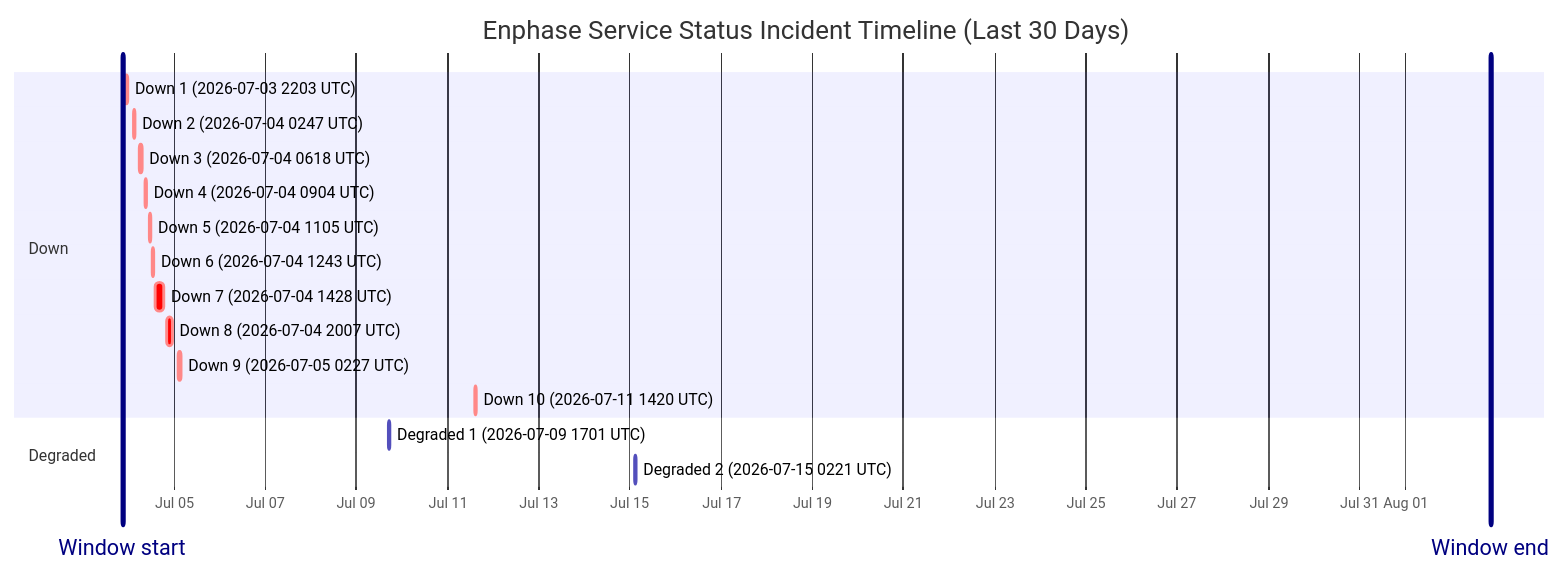
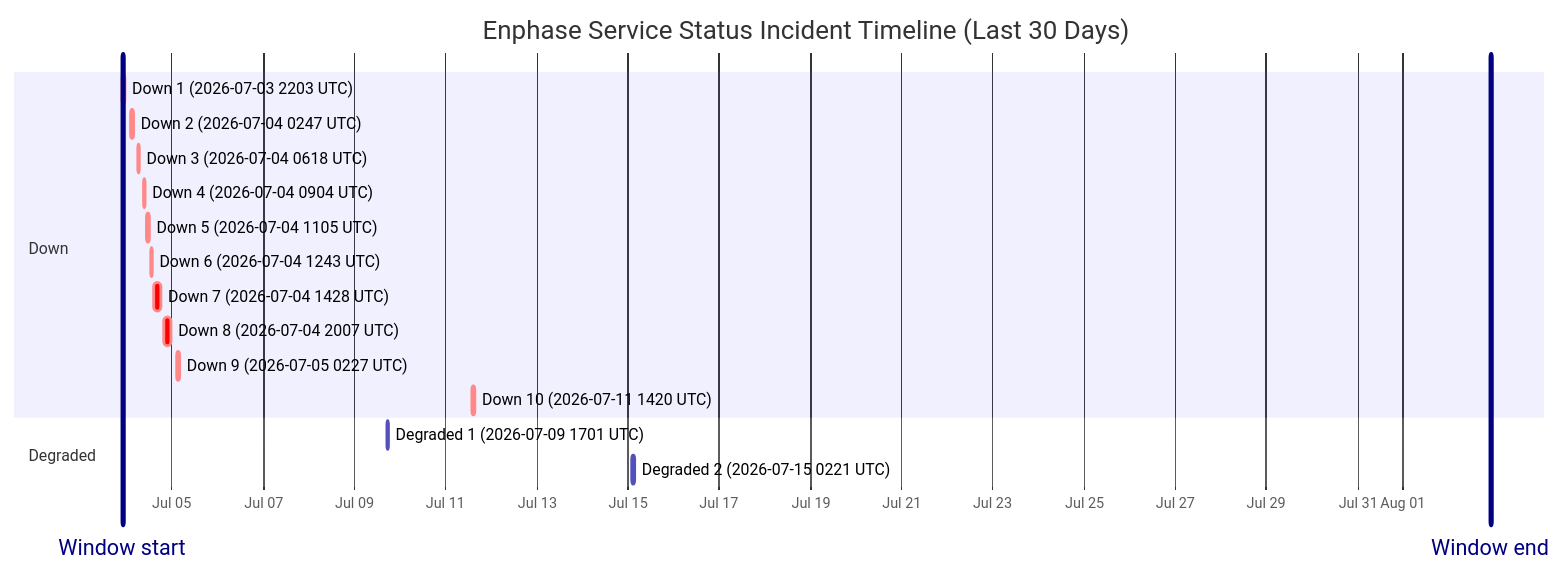
The diagram in wiki/Service-Status-History.md (barneyonline/ha-enphase-energy), drawn with Mermaid before and after one commit. The commit also changed other lines of this file and 3 other files, not shown here.

````diff
--- a/wiki/Service-Status-History.md
+++ b/wiki/Service-Status-History.md
@@ -14,22 +14,22 @@
 ```mermaid
 gantt
     title Enphase Service Status Incident Timeline (Last 30 Days)
     dateFormat  YYYY-MM-DDTHH:mm:ss
     axisFormat  %b %d
-    Window start :vert, window-start, 2026-07-03T20:53:42, 0ms
-    Window end :vert, window-end, 2026-08-02T20:53:42, 0ms
+    Window start :vert, window-start, 2026-07-03T21:54:10, 0ms
+    Window end :vert, window-end, 2026-08-02T21:54:10, 0ms
     section Down
     Down 1 (2026-07-03 2203 UTC) :crit, down-1, 2026-07-03T22:03:17, 90m
     Down 2 (2026-07-04 0247 UTC) :crit, down-2, 2026-07-04T02:47:22, 60m
     Down 3 (2026-07-04 0618 UTC) :crit, down-3, 2026-07-04T06:18:09, 60m
     Down 4 (2026-07-04 0904 UTC) :crit, down-4, 2026-07-04T09:04:41, 60m
     Down 5 (2026-07-04 1105 UTC) :crit, down-5, 2026-07-04T11:05:21, 60m
     Down 6 (2026-07-04 1243 UTC) :crit, down-6, 2026-07-04T12:43:25, 60m
     Down 7 (2026-07-04 1428 UTC) :crit, down-7, 2026-07-04T14:28:07, 243m
     Down 8 (2026-07-04 2007 UTC) :crit, down-8, 2026-07-04T20:07:50, 206m
     Down 9 (2026-07-05 0227 UTC) :crit, down-9, 2026-07-05T02:27:32, 109m
     Down 10 (2026-07-11 1420 UTC) :crit, down-10, 2026-07-11T14:20:54, 69m
     section Degraded
     Degraded 1 (2026-07-09 1701 UTC) :active, degraded-1, 2026-07-09T17:01:02, 60m
     Degraded 2 (2026-07-15 0221 UTC) :active, degraded-2, 2026-07-15T02:21:35, 60m
 ```
````
